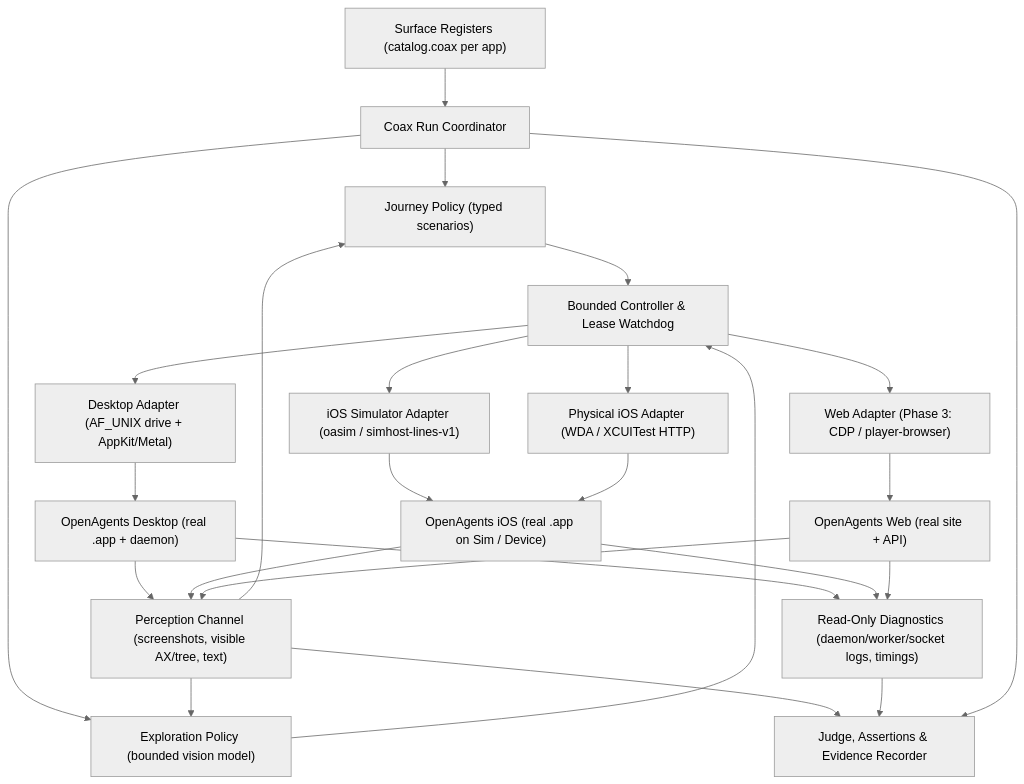
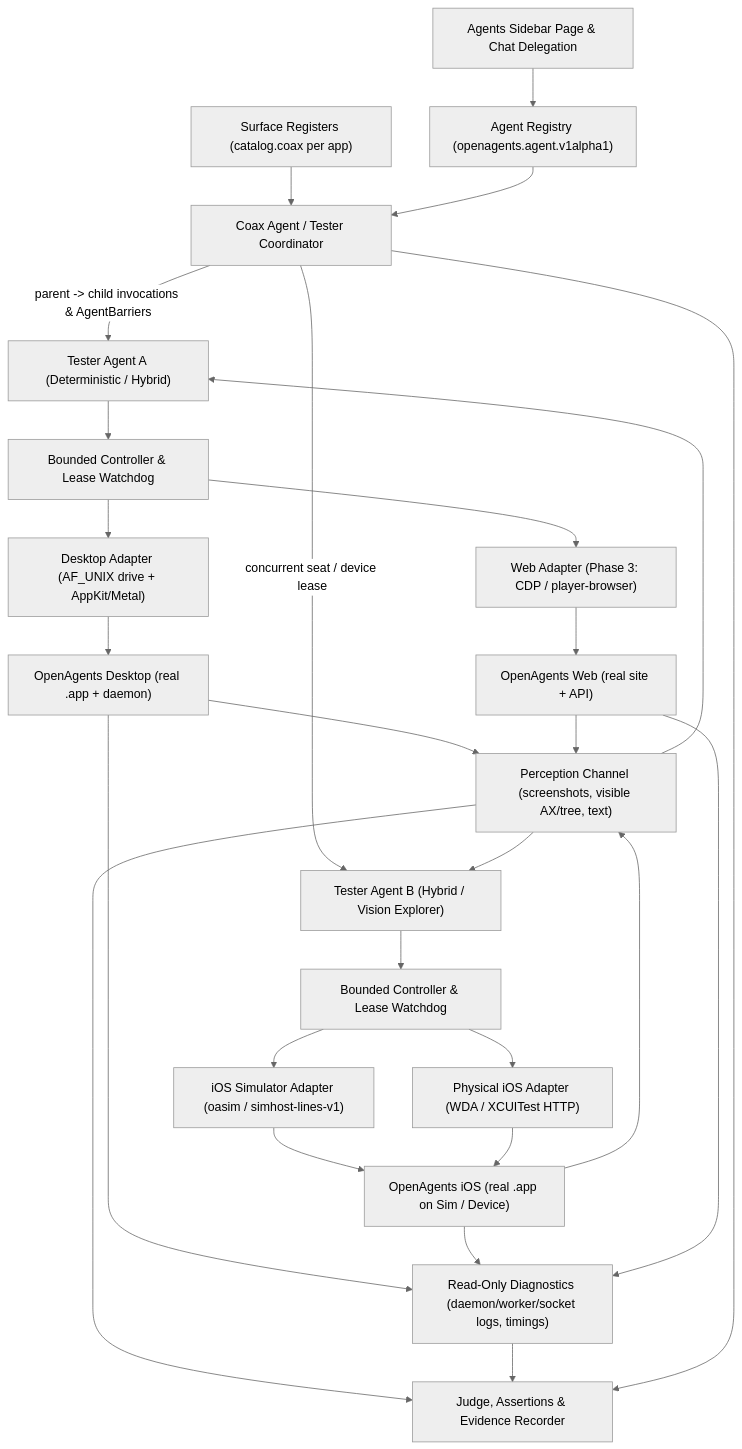
Before and after one commit to OpenAgentsInc/openagents: the diagram in docs/apps/2026-11-20-simulated-tester-spec.md, drawn with Mermaid (neutral theme). The commit also changed other lines of this file, not shown here.

First line of the commit message:
docs(apps): extend Simulated App Tester spec with proto-first composable agents and Agents page

````diff
--- a/docs/apps/2026-11-20-simulated-tester-spec.md
+++ b/docs/apps/2026-11-20-simulated-tester-spec.md
@@ -72,32 +255,34 @@
 ```mermaid
 flowchart TD
-    Reg["Surface Registers (catalog.coax per app)"] --> Coord["Coax Run Coordinator"]
-    Coord --> JPol["Journey Policy (typed scenarios)"]
-    Coord --> EPol["Exploration Policy (bounded vision model)"]
-    JPol --> Ctrl["Bounded Controller & Lease Watchdog"]
-    EPol --> Ctrl
+    AgentsUI["Agents Sidebar Page & Chat Delegation"] --> Reg["Agent Registry (openagents.agent.v1alpha1)"]
+    Surf["Surface Registers (catalog.coax per app)"] --> Coord["Coax Agent / Tester Coordinator"]
+    Reg --> Coord
+    Coord -->|"parent -> child invocations & AgentBarriers"| SeatA["Tester Agent A (Deterministic / Hybrid)"]
+    Coord -->|"concurrent seat / device lease"| SeatB["Tester Agent B (Hybrid / Vision Explorer)"]
+    SeatA --> CtrlA["Bounded Controller & Lease Watchdog"]
+    SeatB --> CtrlB["Bounded Controller & Lease Watchdog"]
 
-    Ctrl --> MacAd["Desktop Adapter (AF_UNIX drive + AppKit/Metal)"]
-    Ctrl --> SimAd["iOS Simulator Adapter (oasim / simhost-lines-v1)"]
-    Ctrl --> DevAd["Physical iOS Adapter (WDA / XCUITest HTTP)"]
-    Ctrl --> WebAd["Web Adapter (Phase 3: CDP / player-browser)"]
+    CtrlA --> MacAd["Desktop Adapter (AF_UNIX drive + AppKit/Metal)"]
+    CtrlB --> SimAd["iOS Simulator Adapter (oasim / simhost-lines-v1)"]
+    CtrlB --> DevAd["Physical iOS Adapter (WDA / XCUITest HTTP)"]
+    CtrlA --> WebAd["Web Adapter (Phase 3: CDP / player-browser)"]
 
     MacAd --> DeskApp["OpenAgents Desktop (real .app + daemon)"]
     SimAd --> MobApp["OpenAgents iOS (real .app on Sim / Device)"]
     DevAd --> MobApp
     WebAd --> WebApp["OpenAgents Web (real site + API)"]
 
     DeskApp --> Perc["Perception Channel (screenshots, visible AX/tree, text)"]
     MobApp --> Perc
     WebApp --> Perc
 
     DeskApp --> Diag["Read-Only Diagnostics (daemon/worker/socket logs, timings)"]
     MobApp --> Diag
     WebApp --> Diag
 
-    Perc --> JPol
-    Perc --> EPol
+    Perc --> SeatA
+    Perc --> SeatB
     Perc --> Judge["Judge, Assertions & Evidence Recorder"]
     Diag --> Judge
     Coord --> Judge
 ```
````
